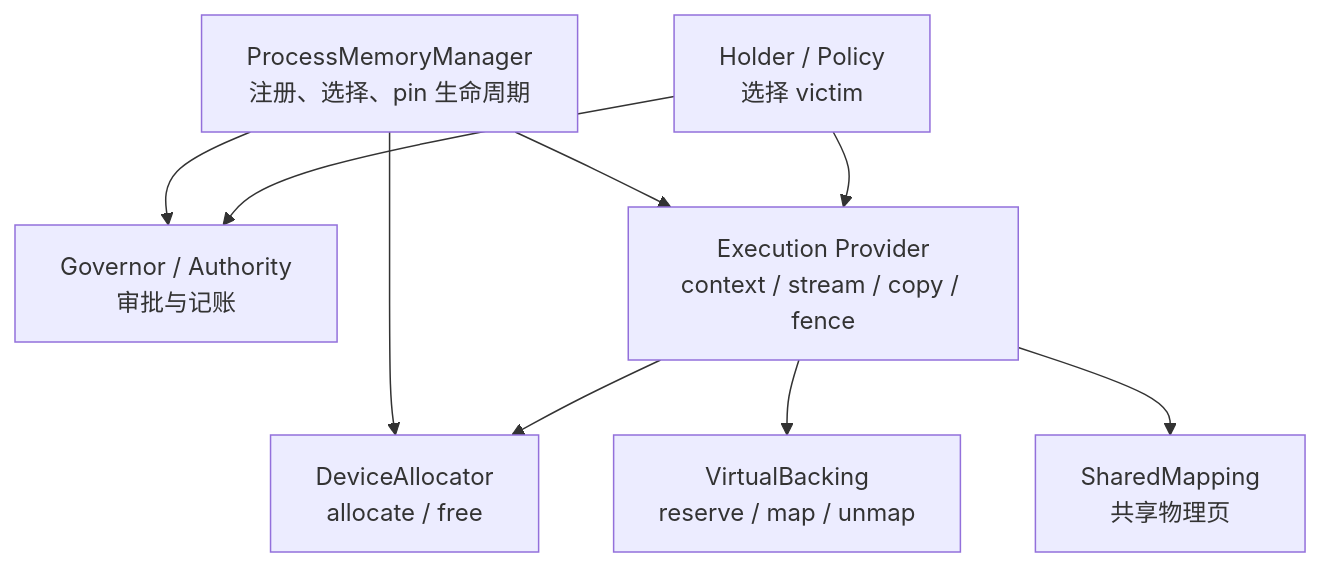
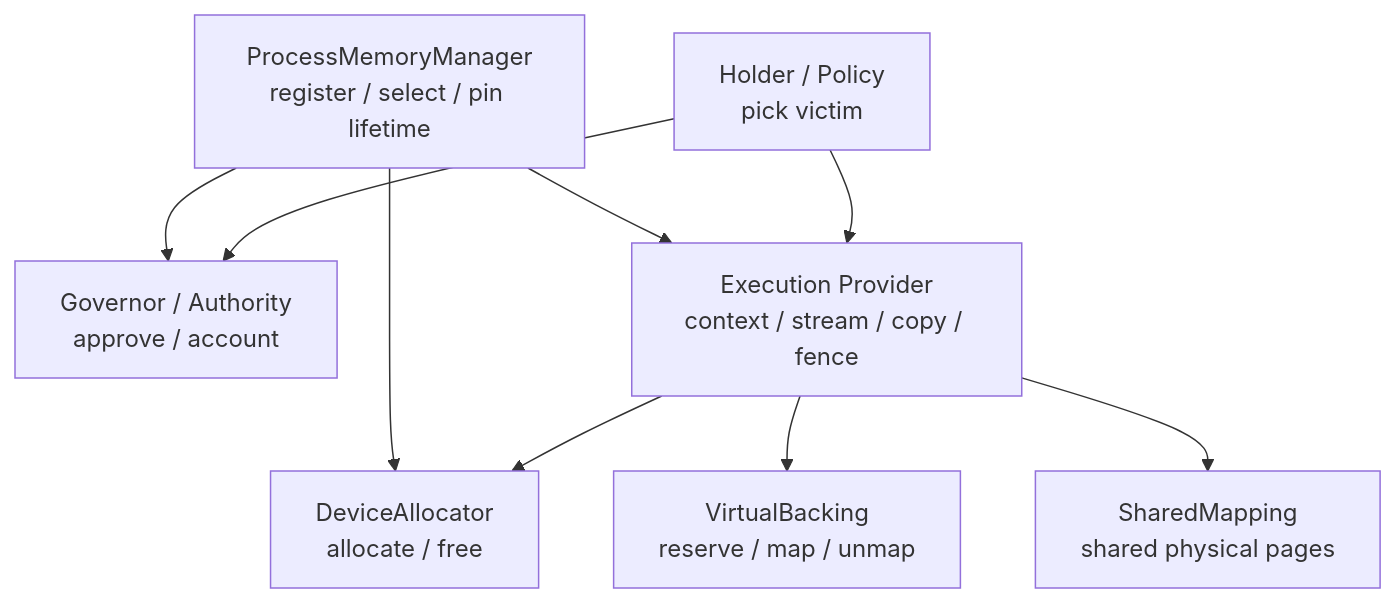
Before and after one commit to justinchuby/onnx-genai-wiki: the first of 3 diagrams in content/en/memory/Memory Management for Beginners.md, drawn with Mermaid. The commit also changed other lines of this file and 6 other files, not shown here.

````diff
--- a/content/en/memory/Memory Management for Beginners.md
+++ b/content/en/memory/Memory Management for Beginners.md
@@ -51,19 +51,19 @@
 ```mermaid
 flowchart TD
-    PMM[ProcessMemoryManager<br/>注册、选择、pin 生命周期]
-    GOV[Governor / Authority<br/>审批与记账]
-    HOLDER[Holder / Policy<br/>选择 victim]
+    PMM[ProcessMemoryManager<br/>register / select / pin lifetime]
+    GOV[Governor / Authority<br/>approve / account]
+    HOLDER[Holder / Policy<br/>pick victim]
     EP[Execution Provider<br/>context / stream / copy / fence]
     ALLOC[DeviceAllocator<br/>allocate / free]
     BACK[VirtualBacking<br/>reserve / map / unmap]
-    SHARE[SharedMapping<br/>共享物理页]
+    SHARE[SharedMapping<br/>shared physical pages]
 
     PMM --> GOV
     PMM --> EP
     PMM --> ALLOC
     HOLDER --> GOV
     HOLDER --> EP
     EP --> ALLOC
     EP --> BACK
     EP --> SHARE
 ```
````
